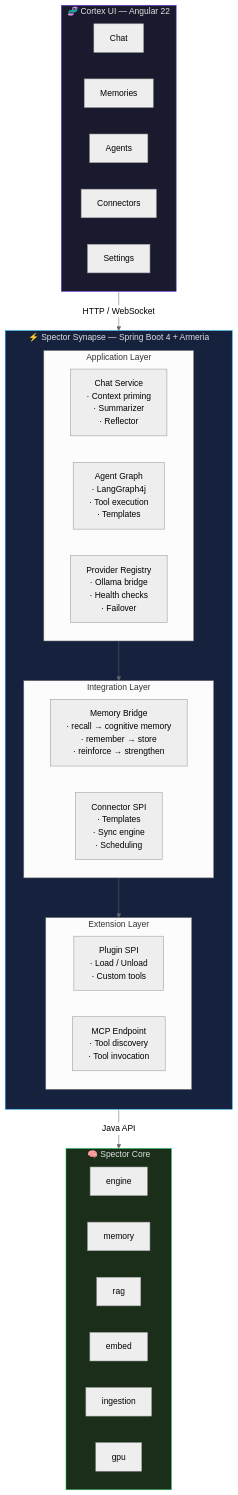
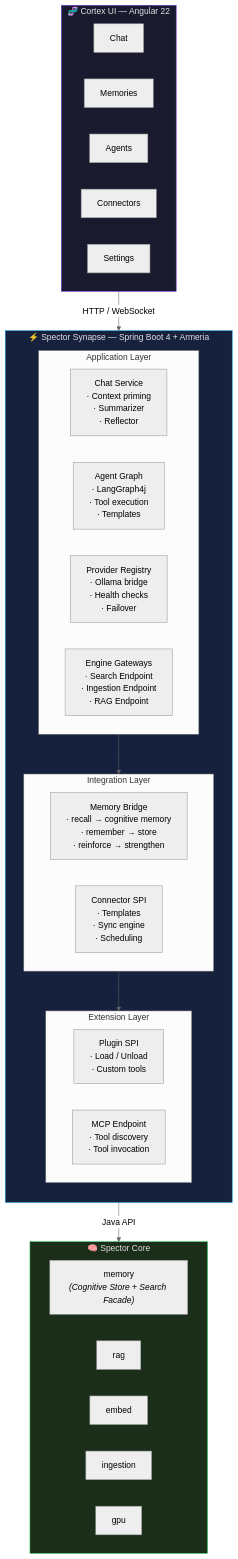
Before and after one commit to spectrayan/spector: the fourth of 4 diagrams in docs/docs/synapse/index.md, drawn with Mermaid (neutral theme). The commit also changed other lines of this file and 1511 other files, not shown here.

````diff
--- a/docs/docs/synapse/index.md
+++ b/docs/docs/synapse/index.md
@@ -189,46 +197,46 @@
 ```mermaid
 graph TD
     subgraph cortex["🧬 Cortex UI — Angular 22"]
         chat_ui["Chat"]
         memories_ui["Memories"]
         agents_ui["Agents"]
         connectors_ui["Connectors"]
         settings_ui["Settings"]
     end
 
     cortex -->|"HTTP / WebSocket"| synapse
 
     subgraph synapse["⚡ Spector Synapse — Spring Boot 4 + Armeria"]
         direction TB
         subgraph services["Application Layer"]
             chat["Chat Service\n· Context priming\n· Summarizer\n· Reflector"]
             agent["Agent Graph\n· LangGraph4j\n· Tool execution\n· Templates"]
             provider["Provider Registry\n· Ollama bridge\n· Health checks\n· Failover"]
+            engine_gateway["Engine Gateways\n· Search Endpoint\n· Ingestion Endpoint\n· RAG Endpoint"]
         end
         subgraph integration["Integration Layer"]
             bridge["Memory Bridge\n· recall → cognitive memory\n· remember → store\n· reinforce → strengthen"]
             connector["Connector SPI\n· Templates\n· Sync engine\n· Scheduling"]
         end
         subgraph extension["Extension Layer"]
             plugin["Plugin SPI\n· Load / Unload\n· Custom tools"]
             mcp_ep["MCP Endpoint\n· Tool discovery\n· Tool invocation"]
         end
         services --> integration
         integration --> extension
     end
 
     synapse -->|"Java API"| core
 
     subgraph core["🧠 Spector Core"]
-        engine["engine"]
-        memory["memory"]
+        memory["memory<br/><i>(Cognitive Store + Search Facade)</i>"]
         rag["rag"]
         embed["embed"]
         ingestion["ingestion"]
         gpu["gpu"]
     end
 
     style cortex fill:#1a1a2e,stroke:#7c3aed,color:#e0e0e0
     style synapse fill:#16213e,stroke:#0ea5e9,color:#e0e0e0
     style core fill:#1a2e1a,stroke:#22c55e,color:#e0e0e0
 ```
````
